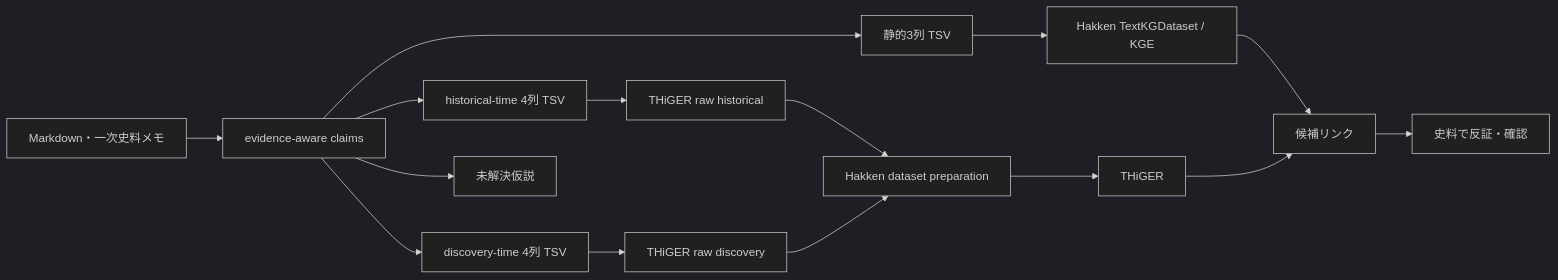
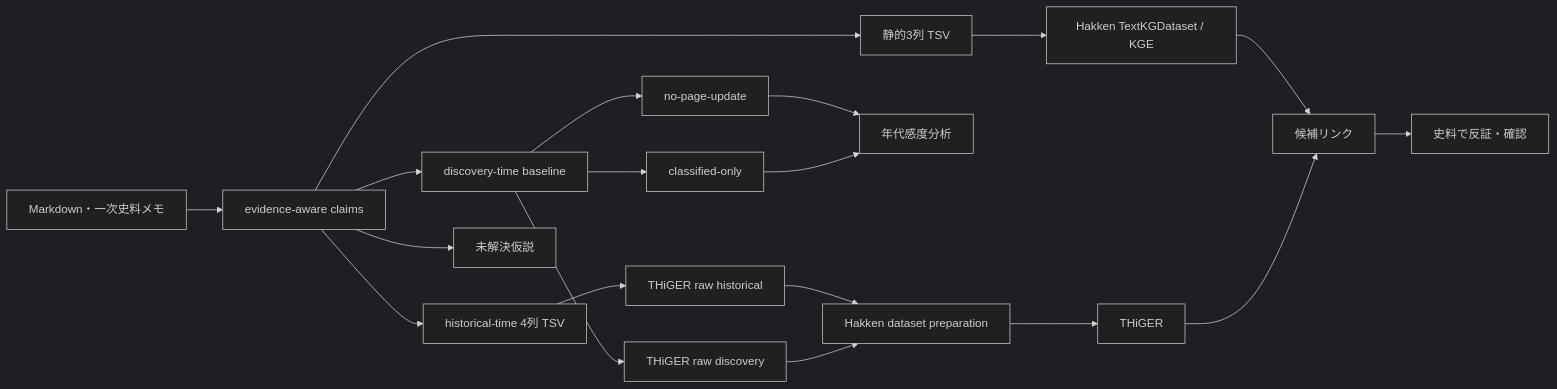
One commit to yuubinnkyoku/otowa-ankyoscape changed the diagram in docs/HakkenOSS接続.md. Above: the diagram before and after it, drawn with Mermaid (dark theme). The commit also changed other lines of this file, not shown here.

Commit message:
Document discovery-time sensitivity for Hakken

````diff
--- a/docs/HakkenOSS接続.md
+++ b/docs/HakkenOSS接続.md
@@ -294,17 +338,21 @@
 ```mermaid
 flowchart LR
     A[Markdown・一次史料メモ] --> B[evidence-aware claims]
     B --> C[静的3列 TSV]
     B --> D[historical-time 4列 TSV]
-    B --> E[discovery-time 4列 TSV]
+    B --> E[discovery-time baseline]
+    E --> E1[no-page-update]
+    E --> E2[classified-only]
     C --> F[Hakken TextKGDataset / KGE]
     D --> G[THiGER raw historical]
     E --> H[THiGER raw discovery]
+    E1 --> V[年代感度分析]
+    E2 --> V
     G --> I[Hakken dataset preparation]
     H --> I
     I --> J[THiGER]
     B --> K[未解決仮説]
     F --> L[候補リンク]
     J --> L
     L --> M[史料で反証・確認]
 ```
````
